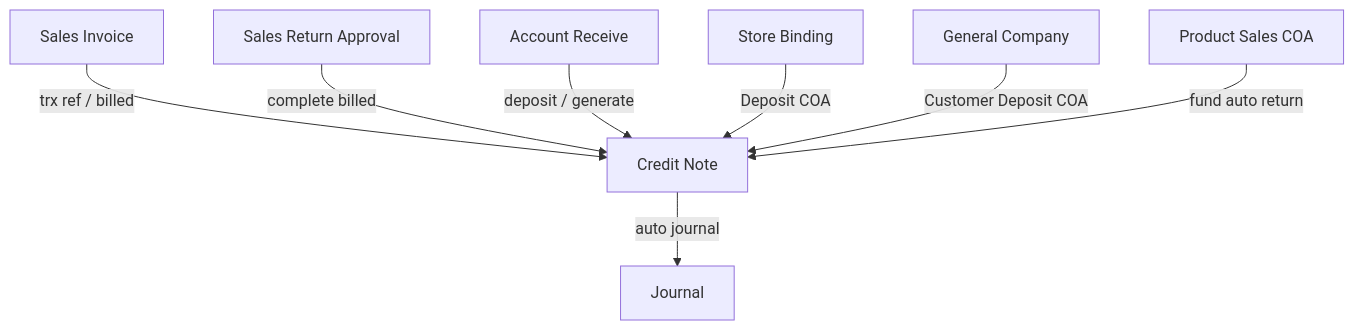
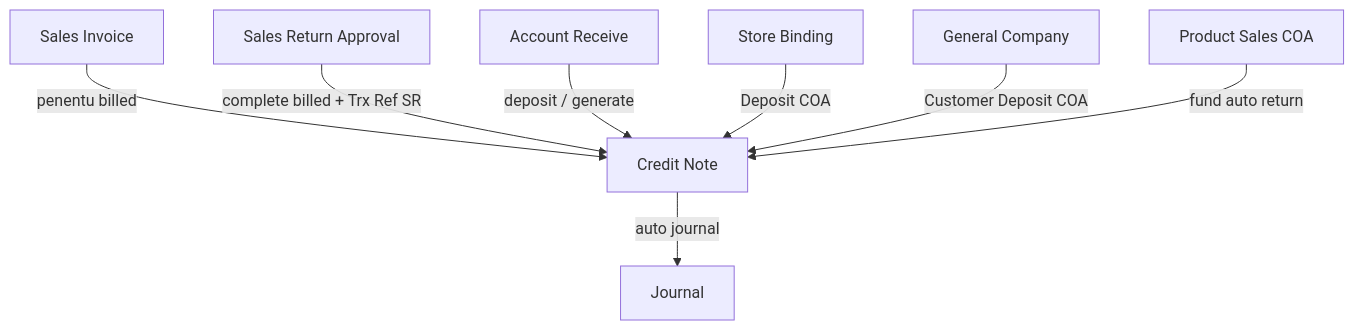
Before and after one commit to yendyr/olshoperp-docs: the third of 3 diagrams in qa-docs/accounting-credit-note/requirement.md, drawn with Mermaid. The commit also changed other lines of this file and 4 other files, not shown here.

Commit message:
docs(qa): Credit Note v1.5 Trx Ref Sales Return (ETM-17070) [yemimadocs]

````diff
--- a/qa-docs/accounting-credit-note/requirement.md
+++ b/qa-docs/accounting-credit-note/requirement.md
@@ -348,10 +362,10 @@
 ```mermaid
 flowchart TB
-    SI[Sales Invoice] -->|trx ref / billed| CN[Credit Note]
-    SR[Sales Return Approval] -->|complete billed| CN
+    SI[Sales Invoice] -->|penentu billed| CN[Credit Note]
+    SR[Sales Return Approval] -->|complete billed + Trx Ref SR| CN
     AR[Account Receive] -->|deposit / generate| CN
     CN -->|auto journal| JRN[Journal]
     ST[Store Binding] -->|Deposit COA| CN
     GC[General Company] -->|Customer Deposit COA| CN
     PC[Product Sales COA] -->|fund auto return| CN
 ```
````
